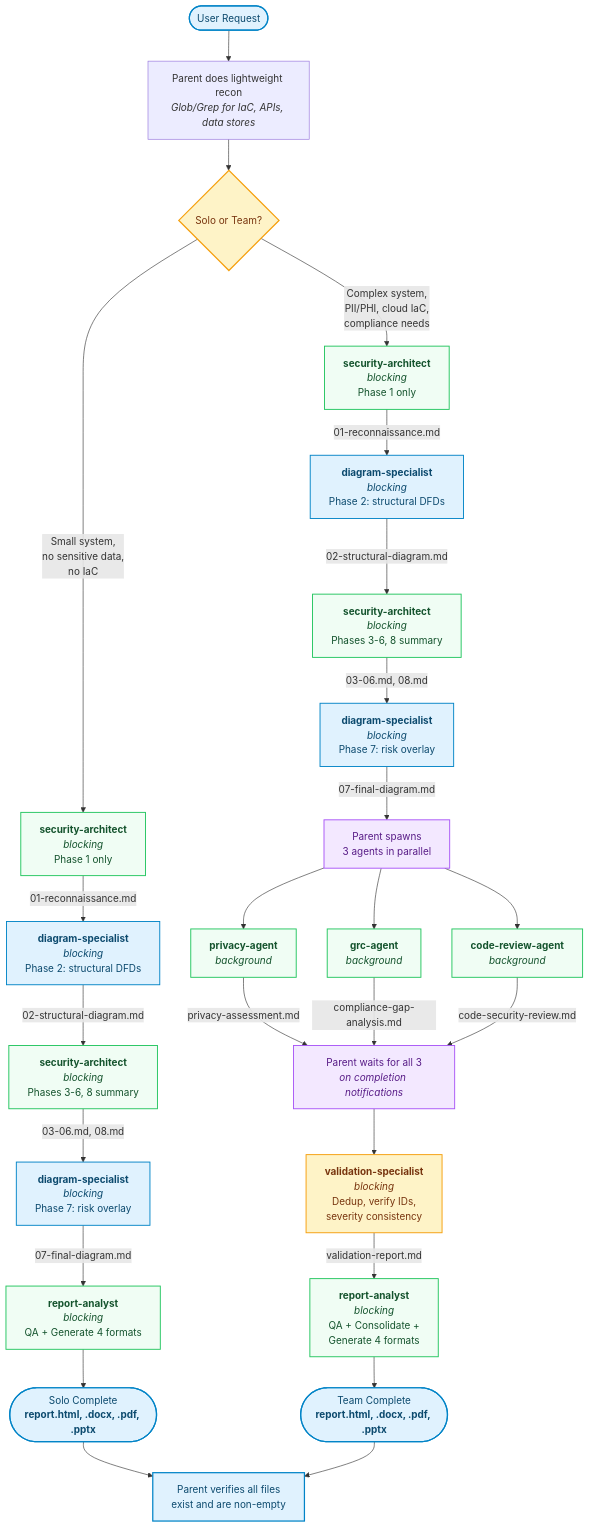
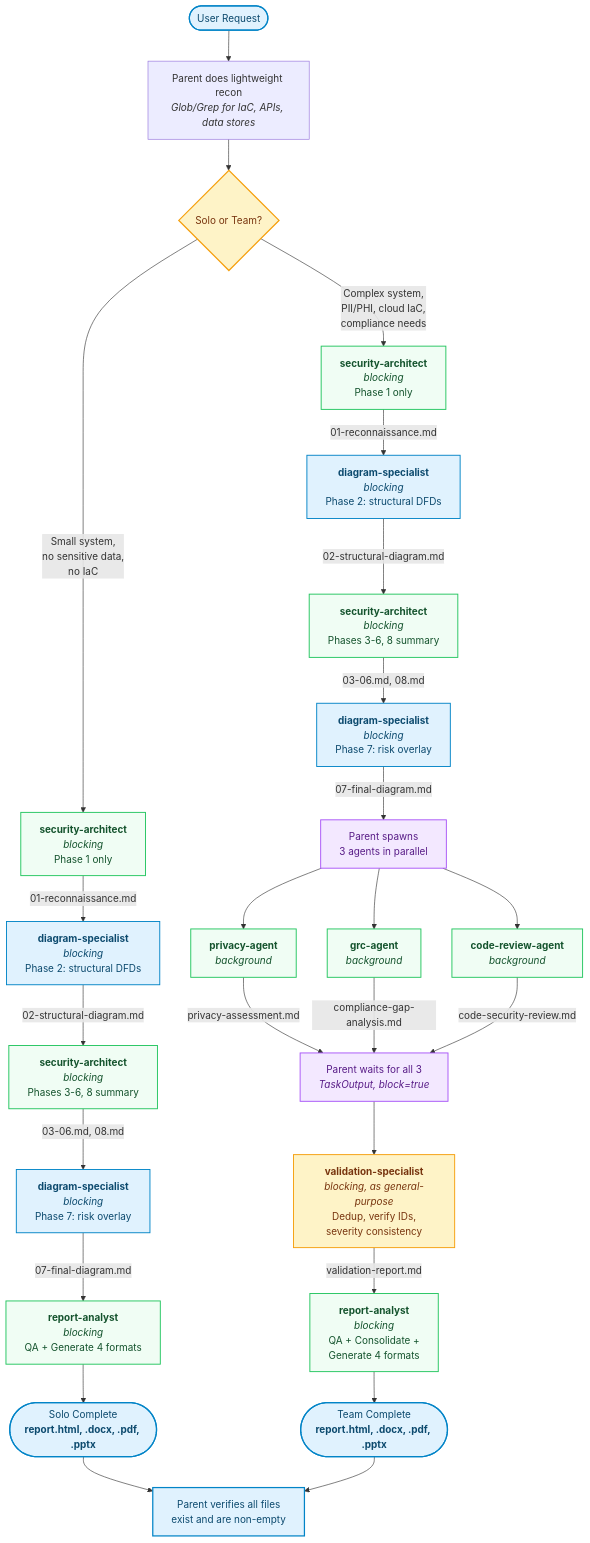
One commit to trwilcoxson/threat-model-suite changed the third of 3 diagrams in docs/ARCHITECTURE.md. Above: the diagram before and after it, drawn with Mermaid. The commit also changed other lines of this file and 252 other files, not shown here.

````diff
--- a/docs/ARCHITECTURE.md
+++ b/docs/ARCHITECTURE.md
@@ -633,51 +488,51 @@
 ```mermaid
 flowchart TD
     Start(["User Request"]) --> Recon["Parent does lightweight recon<br/><i>Glob/Grep for IaC, APIs, data stores</i>"]
     Recon --> Mode{"Solo or Team?"}
 
     Mode -->|"Small system,<br/>no sensitive data,<br/>no IaC"| Solo_SA1["<b>security-architect</b><br/><i>blocking</i><br/>Phase 1 only"]
     Solo_SA1 -->|"01-reconnaissance.md"| Solo_DS1["<b>diagram-specialist</b><br/><i>blocking</i><br/>Phase 2: structural DFDs"]
     Solo_DS1 -->|"02-structural-diagram.md"| Solo_SA2["<b>security-architect</b><br/><i>blocking</i><br/>Phases 3-6, 8 summary"]
     Solo_SA2 -->|"03-06.md, 08.md"| Solo_DS2["<b>diagram-specialist</b><br/><i>blocking</i><br/>Phase 7: risk overlay"]
     Solo_DS2 -->|"07-final-diagram.md"| Solo_RA["<b>report-analyst</b><br/><i>blocking</i><br/>QA + Generate 4 formats"]
     Solo_RA --> Solo_Done(["Solo Complete<br/><b>report.html, .docx, .pdf, .pptx</b>"])
 
     Mode -->|"Complex system,<br/>PII/PHI, cloud IaC,<br/>compliance needs"| Team_SA1["<b>security-architect</b><br/><i>blocking</i><br/>Phase 1 only"]
 
     Team_SA1 -->|"01-reconnaissance.md"| Team_DS1["<b>diagram-specialist</b><br/><i>blocking</i><br/>Phase 2: structural DFDs"]
     Team_DS1 -->|"02-structural-diagram.md"| Team_SA2["<b>security-architect</b><br/><i>blocking</i><br/>Phases 3-6, 8 summary"]
     Team_SA2 -->|"03-06.md, 08.md"| Team_DS2["<b>diagram-specialist</b><br/><i>blocking</i><br/>Phase 7: risk overlay"]
 
     Team_DS2 -->|"07-final-diagram.md"| Fork["Parent spawns<br/>3 agents in parallel"]
 
     Fork --> PA["<b>privacy-agent</b><br/><i>background</i>"]
     Fork --> GRC["<b>grc-agent</b><br/><i>background</i>"]
     Fork --> CR["<b>code-review-agent</b><br/><i>background</i>"]
 
-    PA -->|"privacy-assessment.md"| Join["Parent waits for all 3<br/><i>on completion notifications</i>"]
+    PA -->|"privacy-assessment.md"| Join["Parent waits for all 3<br/><i>TaskOutput, block=true</i>"]
     GRC -->|"compliance-gap-analysis.md"| Join
     CR -->|"code-security-review.md"| Join
 
-    Join --> VS["<b>validation-specialist</b><br/><i>blocking</i><br/>Dedup, verify IDs,<br/>severity consistency"]
+    Join --> VS["<b>validation-specialist</b><br/><i>blocking, as general-purpose</i><br/>Dedup, verify IDs,<br/>severity consistency"]
 
     VS -->|"validation-report.md"| Team_RA["<b>report-analyst</b><br/><i>blocking</i><br/>QA + Consolidate +<br/>Generate 4 formats"]
 
     Team_RA --> Team_Done(["Team Complete<br/><b>report.html, .docx, .pdf, .pptx</b>"])
 
     Solo_Done --> Verify["Parent verifies all files<br/>exist and are non-empty"]
     Team_Done --> Verify
 
     classDef start fill:#e0f2fe,stroke:#0284c7,stroke-width:2px,color:#0c4a6e
     classDef decision fill:#fef3c7,stroke:#f59e0b,stroke-width:2px,color:#78350f
     classDef agent fill:#f0fdf4,stroke:#22c55e,stroke-width:1.5px,color:#14532d
     classDef diagram fill:#e0f2fe,stroke:#0284c7,stroke-width:1.5px,color:#0c4a6e
     classDef post fill:#fef3c7,stroke:#f59e0b,stroke-width:1.5px,color:#78350f
     classDef control fill:#f3e8ff,stroke:#a855f7,stroke-width:1.5px,color:#581c87
 
     class Start,Solo_Done,Team_Done,Verify start
     class Mode decision
     class Solo_SA1,Solo_SA2,Team_SA1,Team_SA2,PA,GRC,CR,Solo_RA,Team_RA agent
     class Solo_DS1,Solo_DS2,Team_DS1,Team_DS2 diagram
     class Fork,Join control
     class VS post
 ```
````
